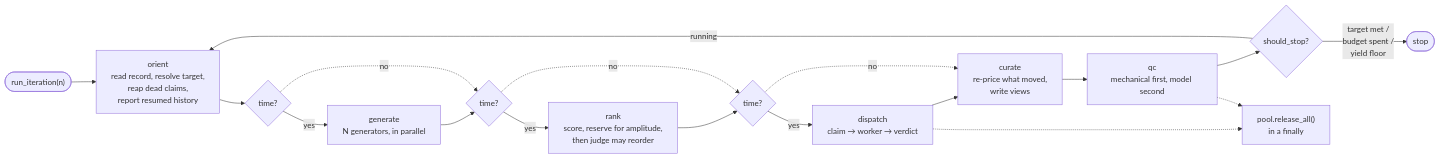
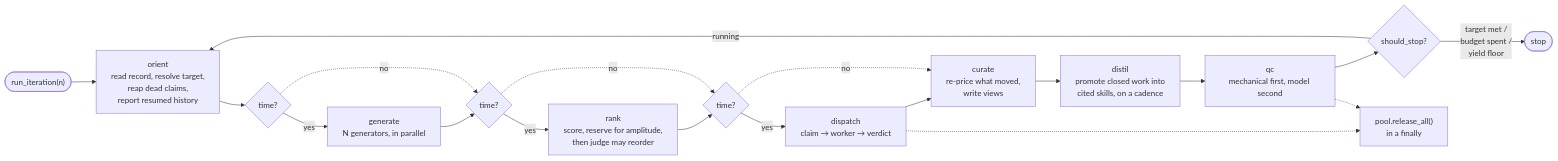
Before and after one commit to Ryun1/auto-research-toolkit: the second of 6 diagrams in docs/ARCHITECTURE.md, drawn with Mermaid. The commit also changed other lines of this file and 17 other files, not shown here.

````diff
--- a/docs/ARCHITECTURE.md
+++ b/docs/ARCHITECTURE.md
@@ -69,30 +71,31 @@
 ```mermaid
 flowchart LR
     start(["run_iteration(n)"]) --> orient
     orient["orient<br/>read record, resolve target,<br/>reap dead claims,<br/>report resumed history"]
     generate["generate<br/>N generators, in parallel"]
     rankp["rank<br/>score, reserve for amplitude,<br/>then judge may reorder"]
     dispatch["dispatch<br/>claim → worker → verdict"]
     curate["curate<br/>re-price what moved,<br/>write views"]
+    distil["distil<br/>promote closed work into<br/>cited skills, on a cadence"]
     qc["qc<br/>mechanical first, model second"]
     stop{"should_stop?"}
 
     c1{"time?"}
     c2{"time?"}
     c3{"time?"}
 
     orient --> c1
     c1 -->|"yes"| generate --> c2
     c2 -->|"yes"| rankp --> c3
     c3 -->|"yes"| dispatch --> curate
     c1 -.->|"no"| c2
     c2 -.->|"no"| c3
     c3 -.->|"no"| curate
-    curate --> qc --> stop
+    curate --> distil --> qc --> stop
     stop -->|"running"| orient
     stop -->|"target met /<br/>budget spent /<br/>yield floor"| done(["stop"])
 
     teardown["pool.release_all()<br/>in a finally"]
     dispatch -.-> teardown
     qc -.-> teardown
 ```
````
